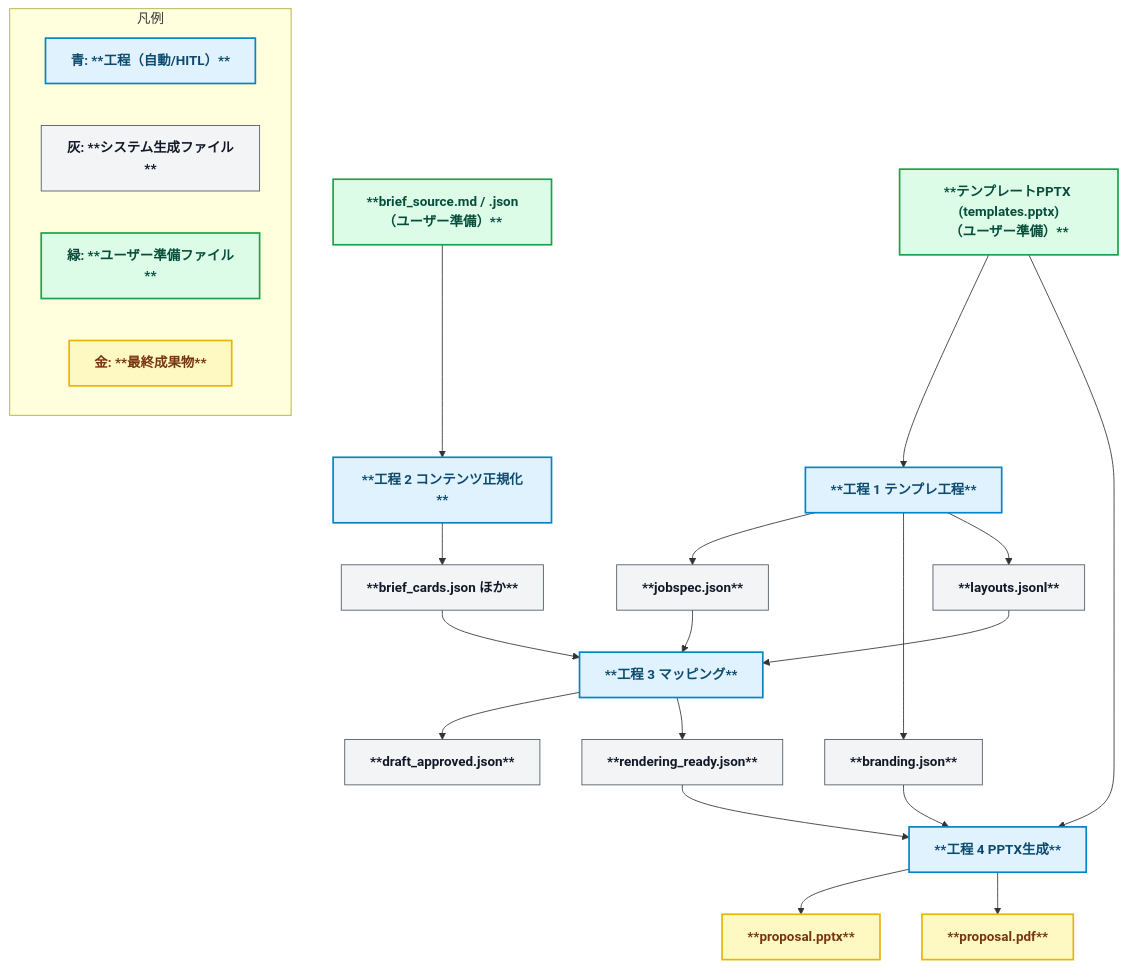
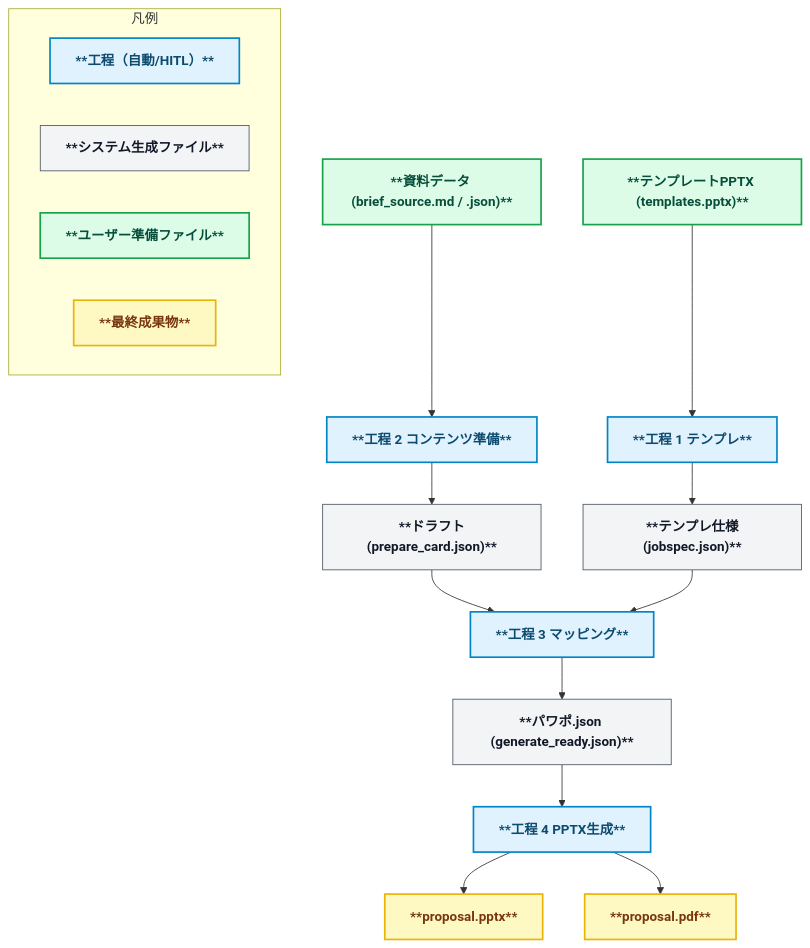
The diagram in README.md (yurake/pptx_generator), drawn with Mermaid before and after one commit. The commit also changed other lines of this file and 81 other files, not shown here.

First line of the commit message:
fix(cli): enforce generate_ready template metadata (#266)

````diff
--- a/README.md
+++ b/README.md
@@ -26,41 +26,36 @@
 ```mermaid
 flowchart TD
   %% ======= Styles =======
   classDef stage fill:#e0f2fe,stroke:#0284c7,stroke-width:2px,color:#0c4a6e,font-weight:bold;
   classDef file fill:#f3f4f6,stroke:#4b5563,stroke-width:1px,color:#111827,font-weight:bold;
   classDef userfile fill:#dcfce7,stroke:#16a34a,stroke-width:2px,color:#064e3b,font-weight:bold;
   classDef final fill:#fef9c3,stroke:#eab308,stroke-width:2px,color:#78350f,font-weight:bold;
 
   %% ======= Stage 1 =======
-  Tmpl["**テンプレートPPTX (templates.pptx)<br>（ユーザー準備）**"]:::userfile --> S1["**工程 1 テンプレ工程**"]:::stage
-  S1 --> Jobspec["**jobspec.json**"]:::file
-  S1 --> Branding["**branding.json**"]:::file
-  S1 --> Layouts["**layouts.jsonl**"]:::file
+  Tmpl["**テンプレートPPTX (templates.pptx)**"]:::userfile --> S1["**工程 1 テンプレ**"]:::stage
+  S1 --> Jobspec["**テンプレ仕様(jobspec.json)**"]:::file
 
   %% ======= Stage 2 =======
-  Brief["**brief_source.md / .json（ユーザー準備）**"]:::userfile --> S2["**工程 2 コンテンツ正規化**"]:::stage
-  S2 --> BriefCards["**brief_cards.json ほか**"]:::file
+  Brief["**資料データ (brief_source.md / .json)**"]:::userfile --> S2["**工程 2 コンテンツ準備**"]:::stage
+  S2 --> BriefCards["**ドラフト(prepare_card.json)**"]:::file
+  BriefCards --> S3
 
   %% ======= Stage 3 =======
-  Jobspec --> S3["**工程 3 マッピング**"]:::stage
-  BriefCards --> S3
-  Layouts --> S3
-  S3 --> Draft["**draft_approved.json**"]:::file
-  S3 --> Ready["**rendering_ready.json**"]:::file
+  S3["**工程 3 マッピング**"]:::stage
+  Jobspec --> S3
+  S3 --> Ready["**パワポ.json (generate_ready.json)**"]:::file
 
   %% ======= Stage 4 =======
   Ready --> S4["**工程 4 PPTX生成**"]:::stage
-  Tmpl --> S4
-  Branding --> S4
   S4 --> PPTX["**proposal.pptx**"]:::final
   S4 --> PDF["**proposal.pdf**"]:::final
 
   %% ======= Legend =======
   subgraph Legend[凡例]
     direction LR
-    A1["青: **工程（自動/HITL）**"]:::stage
-    A2["灰: **システム生成ファイル**"]:::file
-    A3["緑: **ユーザー準備ファイル**"]:::userfile
-    A4["金: **最終成果物**"]:::final
+    A1["**工程（自動/HITL）**"]:::stage
+    A2["**システム生成ファイル**"]:::file
+    A3["**ユーザー準備ファイル**"]:::userfile
+    A4["**最終成果物**"]:::final
   end
 ```
````
